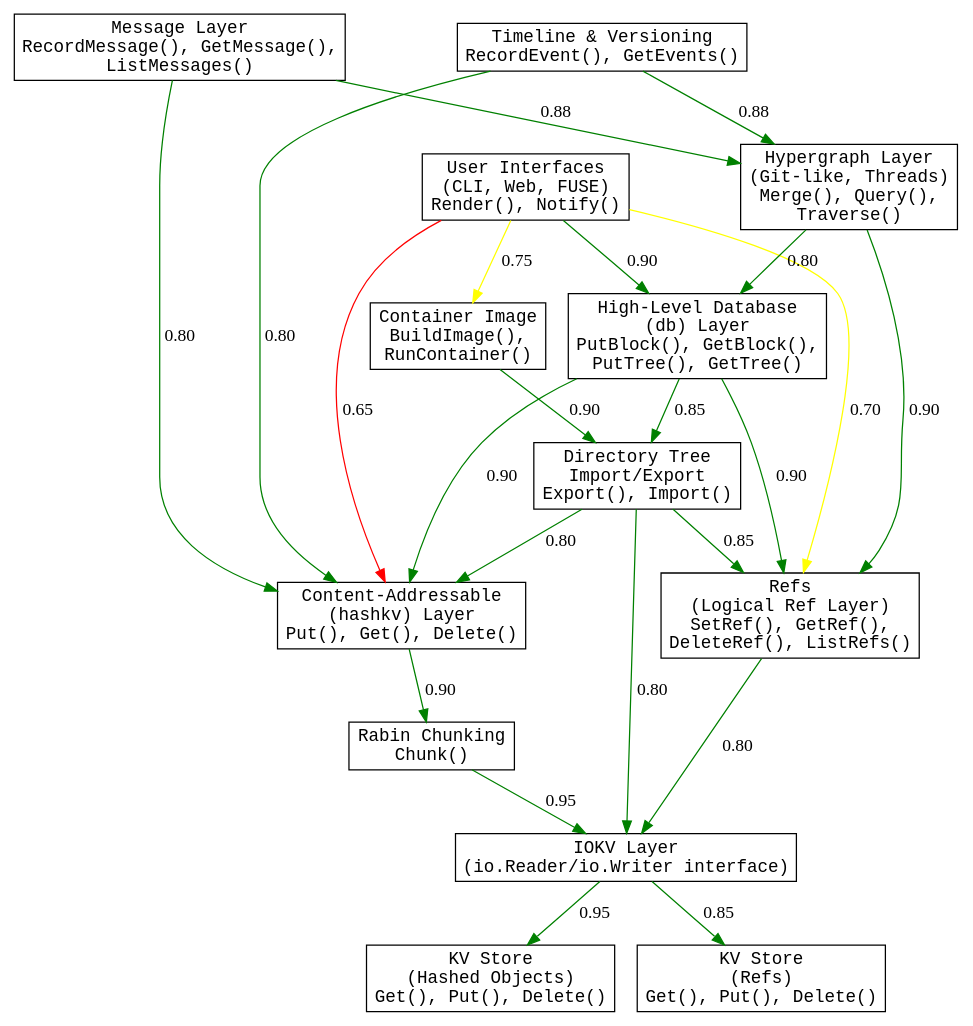
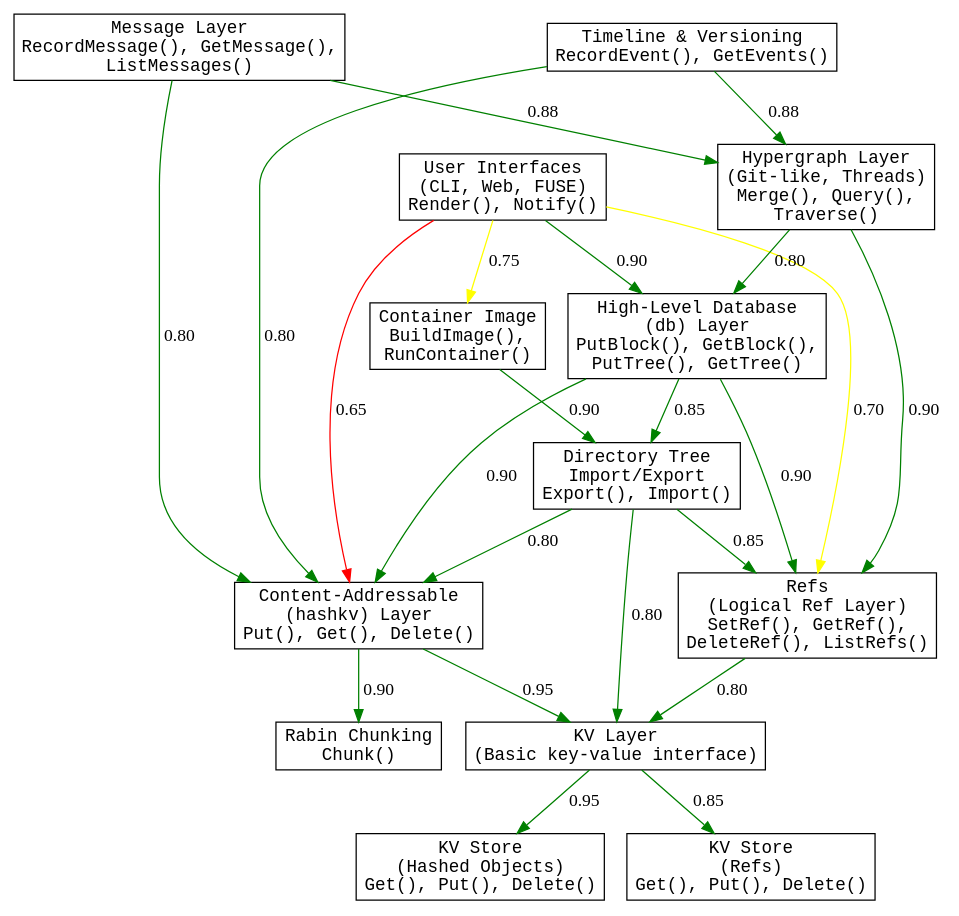
One commit to stevegt/promisebase changed the diagram in x/layers.dot. Above: the diagram before and after it, drawn with Graphviz. The commit also changed 3 other files, not shown here.

```diff
--- a/x/layers.dot
+++ b/x/layers.dot
@@ -1,58 +1,58 @@
 /* This graph illustrates the layered architecture for Promisebase.
 Each node represents a module or layer and edges indicate flows. */
 digraph Layers {
   rankdir=TB;
   node [shape=box, style=filled, fillcolor=white,
-  fontname="monospace"];
+    fontname="monospace"];
 
   UI [label="User Interfaces\n(CLI, Web, FUSE)\nRender(), Notify()"];
   Message [label="Message Layer\nRecordMessage(), GetMessage(),\nListMessages()"];
   Timeline [label="Timeline & Versioning\nRecordEvent(), GetEvents()"];
   HGraph [label="Hypergraph Layer\n(Git-like, Threads)\nMerge(), Query(),\nTraverse()"];
   DB [label="High-Level Database\n(db) Layer\nPutBlock(), GetBlock(),\nPutTree(), GetTree()"];
   Refs [label="Refs\n(Logical Ref Layer)\nSetRef(), GetRef(),\nDeleteRef(), ListRefs()"];
   HashKV [label="Content-Addressable\n(hashkv) Layer\nPut(), Get(), Delete()"];
   Rabin [label="Rabin Chunking\nChunk()"];
-  iokv [label="IOKV Layer\n(io.Reader/io.Writer interface)"];
+  kv [label="KV Layer\n(Basic key-value interface)"];
   KV_Hashed [label="KV Store\n(Hashed Objects)\nGet(), Put(), Delete()"];
   KV_Refs [label="KV Store\n(Refs)\nGet(), Put(), Delete()"];
   DirTree [label="Directory Tree\nImport/Export\nExport(), Import()"];
   ContainerImage [label="Container Image\nBuildImage(),\nRunContainer()"];
 
   // Primary flows from multiple roots.
   UI -> DB [label="0.90", color="green"];
   Message -> HGraph [label="0.88", color="green"];
   Timeline -> HGraph [label="0.88", color="green"];
   HGraph -> DB [label="0.80", color="green"];
 
   // Alternative connections from roots.
   UI -> HashKV [label="0.65", color="red"];
   Message -> HashKV [label="0.80", color="green"];
   Timeline -> HashKV [label="0.80", color="green"];
   UI -> Refs [label="0.70", color="yellow"];
 
   // Ref integration via storage backend.
   HGraph -> Refs [label="0.90", color="green"];
 
   // High-level DB flows.
   DB -> HashKV [label="0.90", color="green"];
   DB -> Refs [label="0.90", color="green"];
 
-  // Rabin chunking is placed above IOKV layer.
+  // Rabin chunking is placed above KV layer.
   HashKV -> Rabin [label="0.90", color="green"];
-  Rabin -> iokv [label="0.95", color="green"];
-  iokv -> KV_Hashed [label="0.95", color="green"];
-  iokv -> KV_Refs [label="0.85", color="green"];
+  HashKV -> kv [label="0.95", color="green"];
+  kv -> KV_Hashed [label="0.95", color="green"];
+  kv -> KV_Refs [label="0.85", color="green"];
 
   // Directory tree module integrates with several layers.
   DB -> DirTree [label="0.85", color="green"];
-  DirTree -> iokv [label="0.80", color="green"];
+  DirTree -> kv [label="0.80", color="green"];
   DirTree -> HashKV [label="0.80", color="green"];
   DirTree -> Refs [label="0.85", color="green"];
 
   // Container image layer as an alternative UI leaf.
   UI -> ContainerImage [label="0.75", color="yellow"];
   ContainerImage -> DirTree [label="0.90", color="green"];
 
-  Refs -> iokv [label="0.80", color="green"];
+  Refs -> kv [label="0.80", color="green"];
 }
```
